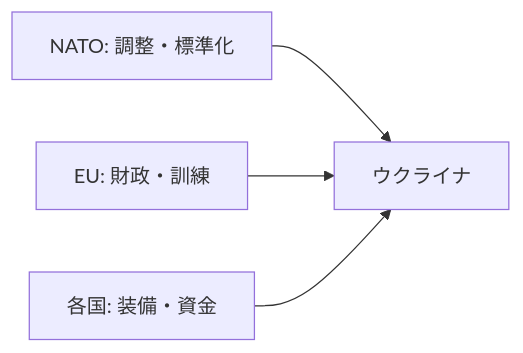
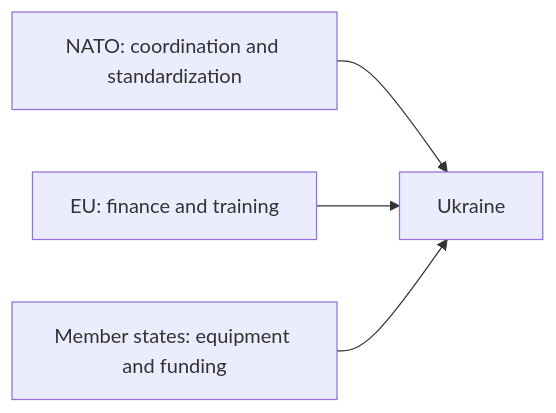
Before and after one commit to daylight55/research: the diagram in content/blog/en/nato-ukraine-support-current.mdx, drawn with Mermaid. The commit also changed 26 other files, not shown here.

Commit message:
Translate English Mermaid labels

````diff
--- a/content/blog/en/nato-ukraine-support-current.mdx
+++ b/content/blog/en/nato-ukraine-support-current.mdx
@@ -29,10 +29,10 @@
 ```mermaid
 flowchart LR
-    NATO[NATO: 調整・標準化]
-    EU[EU: 財政・訓練]
-    States[各国: 装備・資金]
-    Ukraine[ウクライナ]
+    NATO[NATO: coordination and standardization]
+    EU[EU: finance and training]
+    States[Member states: equipment and funding]
+    Ukraine[Ukraine]
     NATO --> Ukraine
     EU --> Ukraine
     States --> Ukraine
 ```
````
